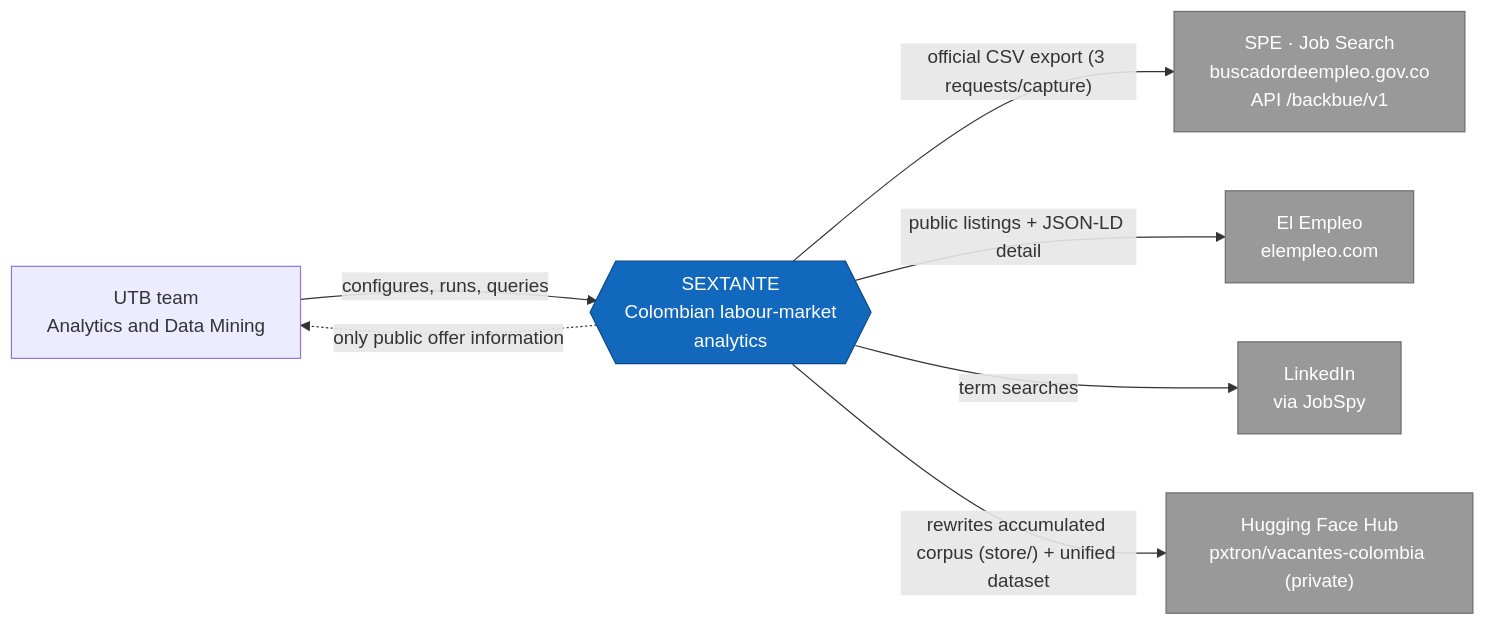
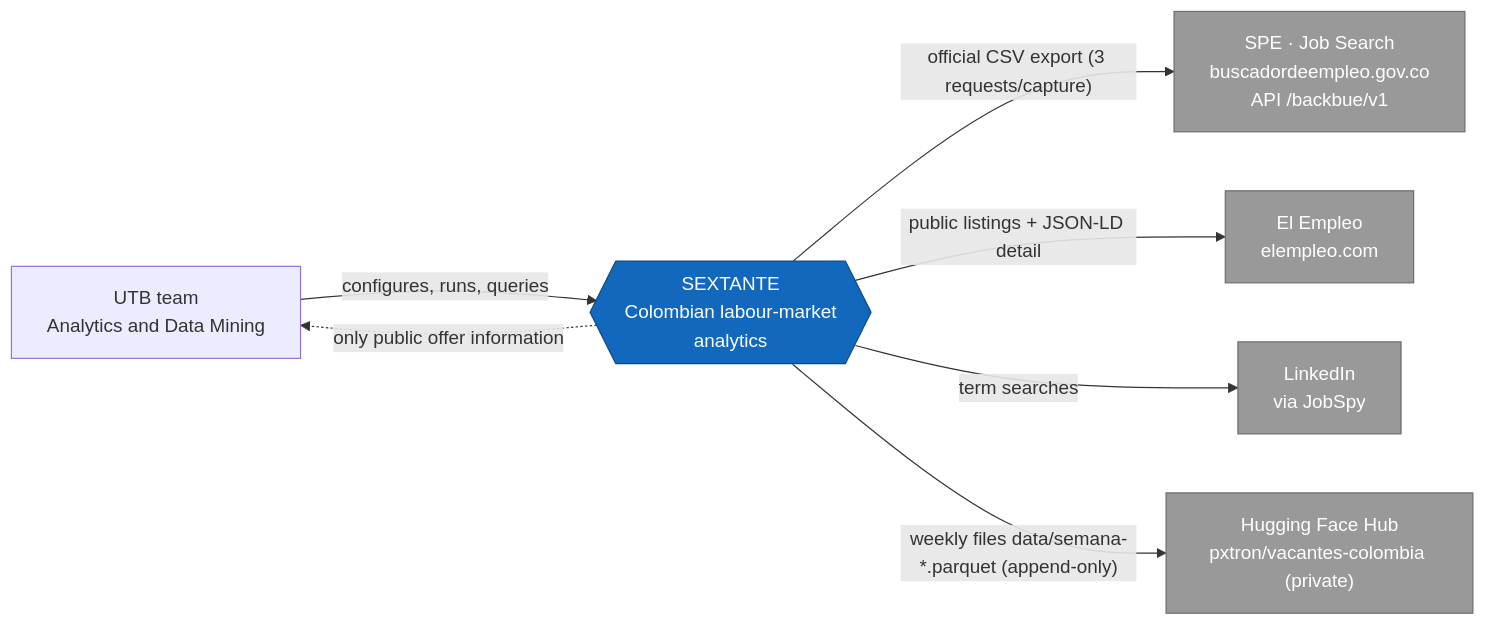
Before and after one commit to shalom-A26/SEXTANTE: the first of 8 diagrams in docs/architecture.en.md, drawn with Mermaid. The commit also changed other lines of this file and 9 other files, not shown here.

````diff
--- a/docs/architecture.en.md
+++ b/docs/architecture.en.md
@@ -42,21 +44,21 @@
 ```mermaid
 flowchart LR
     u["UTB team<br/>Analytics and Data Mining"]
     s{{"SEXTANTE<br/>Colombian labour-market<br/>analytics"}}
     spe["SPE · Job Search<br/>buscadordeempleo.gov.co<br/>API /backbue/v1"]
     ee["El Empleo<br/>elempleo.com"]
     li["LinkedIn<br/>via JobSpy"]
     hf["Hugging Face Hub<br/>pxtron/vacantes-colombia (private)"]
 
     u -->|configures, runs, queries| s
     s -->|"official CSV export (3 requests/capture)"| spe
     s -->|"public listings + JSON-LD detail"| ee
     s -->|"term searches"| li
-    s -->|"rewrites accumulated corpus (store/) + unified dataset"| hf
+    s -->|"weekly files data/semana-*.parquet (append-only)"| hf
     s -.->|"only public offer information"| u
 
     classDef sist fill:#1168bd,color:#fff,stroke:#0b4884;
     classDef ext fill:#999999,color:#fff,stroke:#6b6b6b;
     class s sist;
     class spe,ee,li,hf ext;
 ```
````
